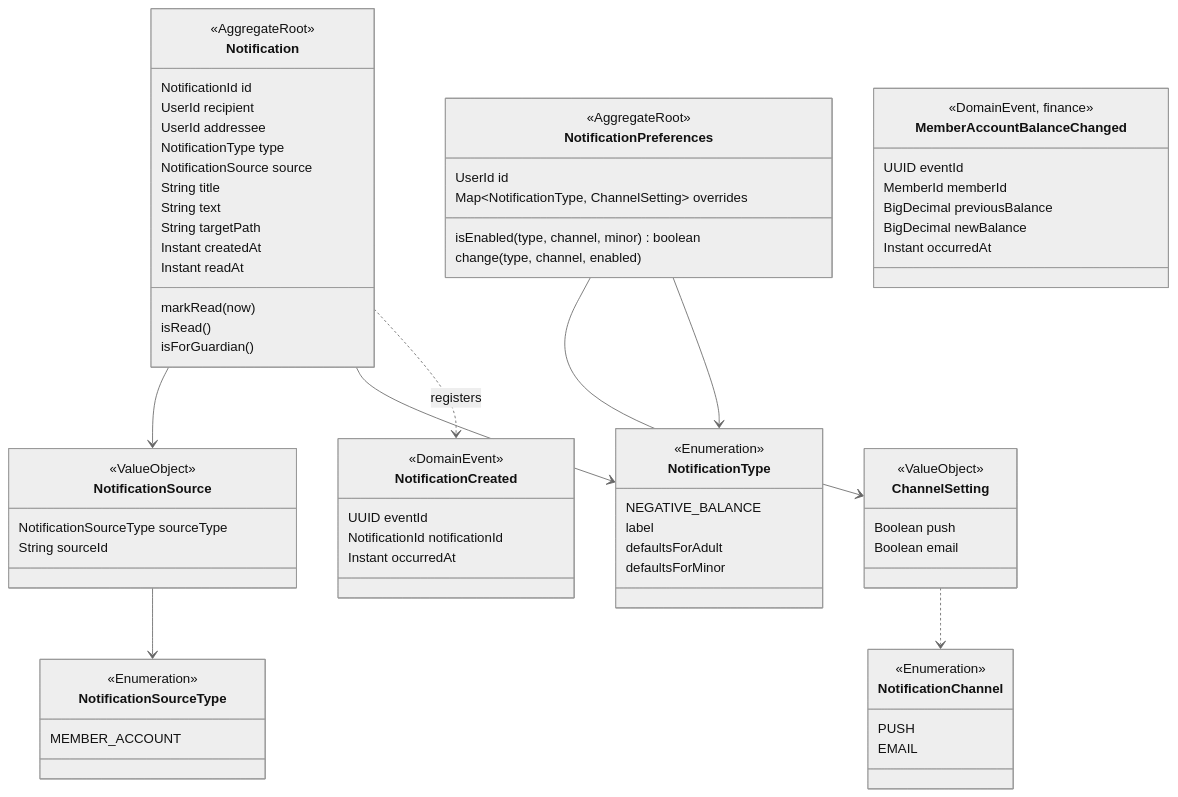
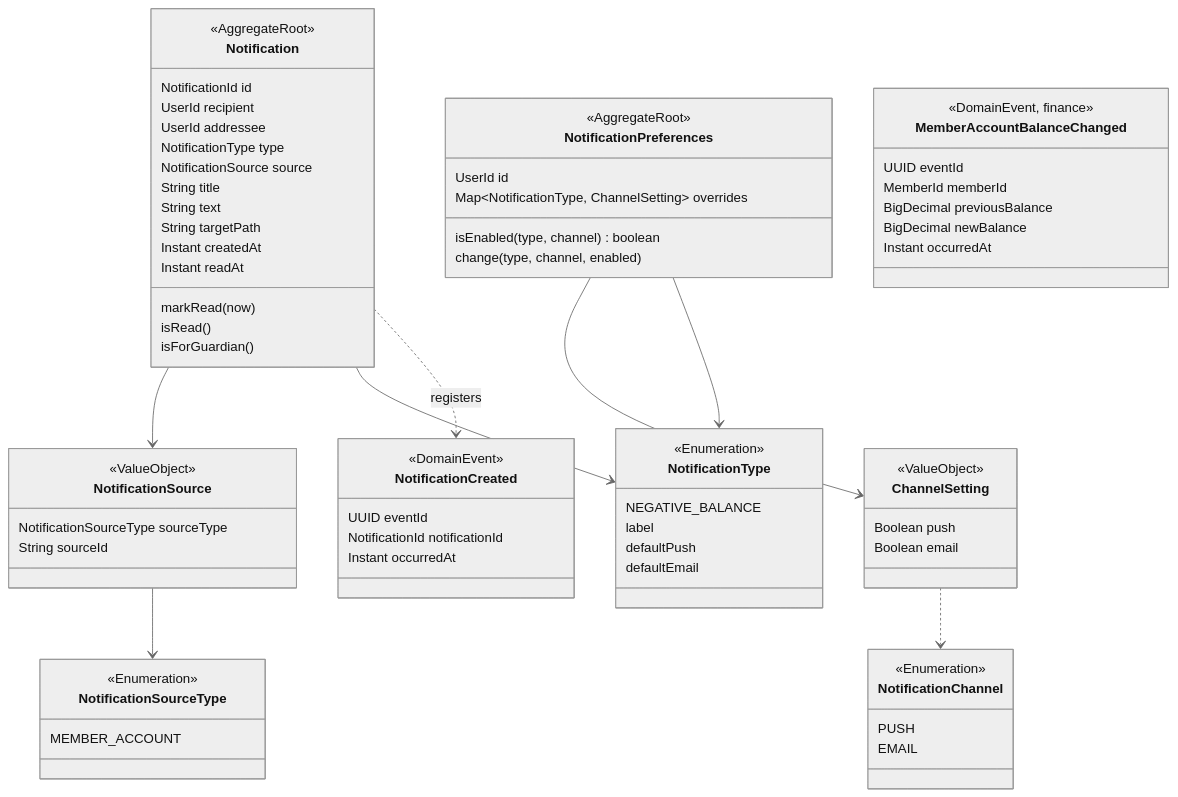
The second of 2 diagrams in openspec/changes/introduce-notification-feed/design.md (zabiny/klabis), drawn with Mermaid (neutral theme) before and after one commit. The commit also changed other lines of this file and 3 other files, not shown here.

````diff
--- a/openspec/changes/introduce-notification-feed/design.md
+++ b/openspec/changes/introduce-notification-feed/design.md
@@ -124,73 +124,73 @@
 ```mermaid
 classDiagram
     class Notification {
         <<AggregateRoot>>
         NotificationId id
         UserId recipient
         UserId addressee
         NotificationType type
         NotificationSource source
         String title
         String text
         String targetPath
         Instant createdAt
         Instant readAt
         markRead(now)
         isRead()
         isForGuardian()
     }
     class NotificationSource {
         <<ValueObject>>
         NotificationSourceType sourceType
         String sourceId
     }
     class NotificationSourceType {
         <<Enumeration>>
         MEMBER_ACCOUNT
     }
     class NotificationPreferences {
         <<AggregateRoot>>
         UserId id
         Map~NotificationType, ChannelSetting~ overrides
-        isEnabled(type, channel, minor) boolean
+        isEnabled(type, channel) boolean
         change(type, channel, enabled)
     }
     class ChannelSetting {
         <<ValueObject>>
         Boolean push
         Boolean email
     }
     class NotificationType {
         <<Enumeration>>
         NEGATIVE_BALANCE
         label
-        defaultsForAdult
-        defaultsForMinor
+        defaultPush
+        defaultEmail
     }
     class NotificationChannel {
         <<Enumeration>>
         PUSH
         EMAIL
     }
     class NotificationCreated {
         <<DomainEvent>>
         UUID eventId
         NotificationId notificationId
         Instant occurredAt
     }
     class MemberAccountBalanceChanged {
         <<DomainEvent, finance>>
         UUID eventId
         MemberId memberId
         BigDecimal previousBalance
         BigDecimal newBalance
         Instant occurredAt
     }
     Notification --> NotificationSource
     NotificationSource --> NotificationSourceType
     Notification --> NotificationType
     Notification ..> NotificationCreated : registers
     NotificationPreferences --> ChannelSetting
     NotificationPreferences --> NotificationType
     ChannelSetting ..> NotificationChannel
 ```
````
